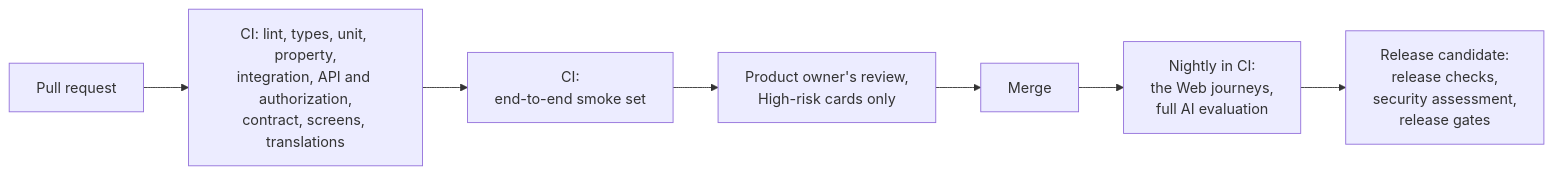
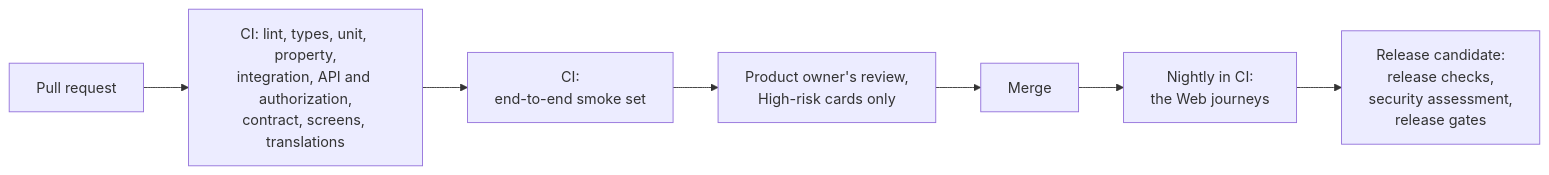
One commit to huynguyennang-agilityio/tripmate-docs changed the diagram in docs/test-strategy.md. Above: the diagram before and after it, drawn with Mermaid. The commit also changed other lines of this file and 4 other files, not shown here.

````diff
--- a/docs/test-strategy.md
+++ b/docs/test-strategy.md
@@ -115,9 +115,9 @@
 ```mermaid
 flowchart LR
     PR["Pull request"] --> CI["CI: lint, types, unit, property,<br/>integration, API and authorization,<br/>contract, screens, translations"]
     CI --> PV["CI:<br/>end-to-end smoke set"]
     PV --> RV["Product owner's review,<br/>High-risk cards only"]
     RV --> MG["Merge"]
-    MG --> NT["Nightly in CI:<br/>the Web journeys,<br/>full AI evaluation"]
+    MG --> NT["Nightly in CI:<br/>the Web journeys"]
     NT --> RC["Release candidate:<br/>release checks,<br/>security assessment,<br/>release gates"]
 ```
````
